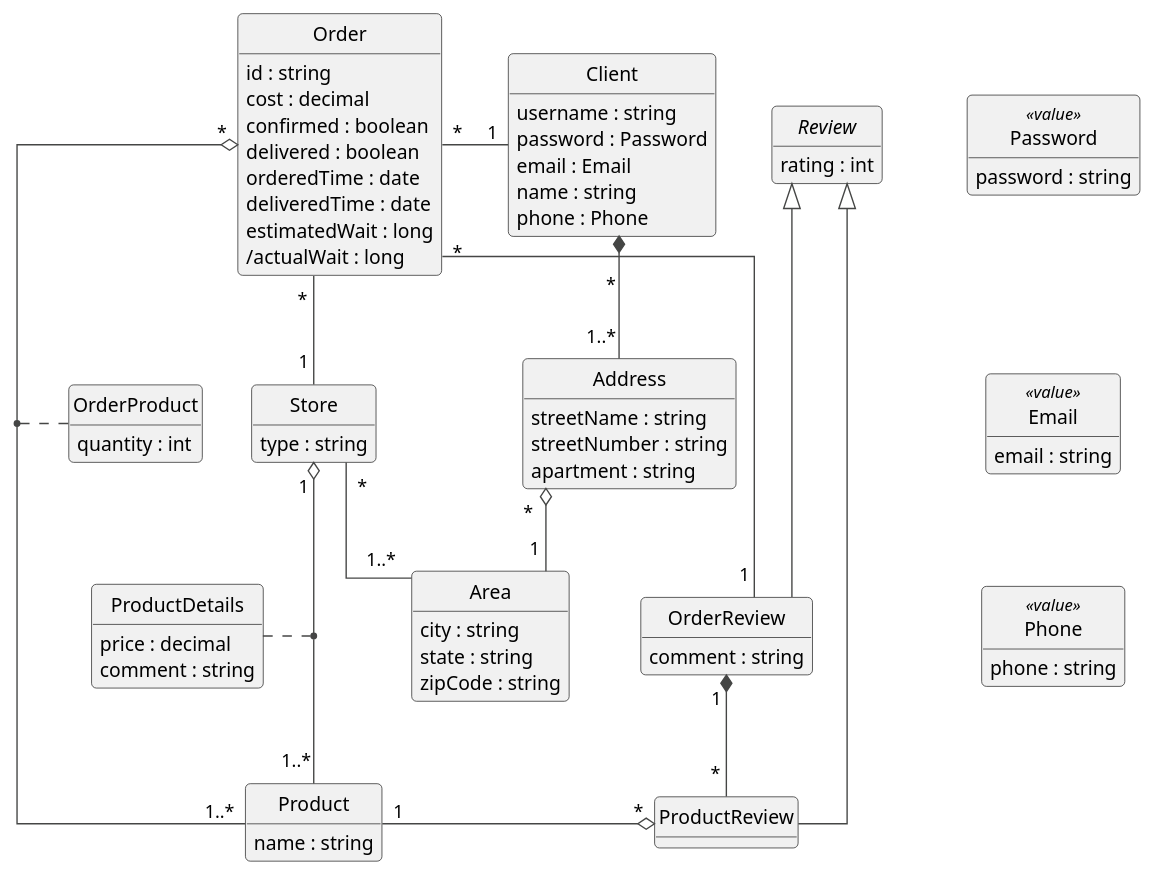
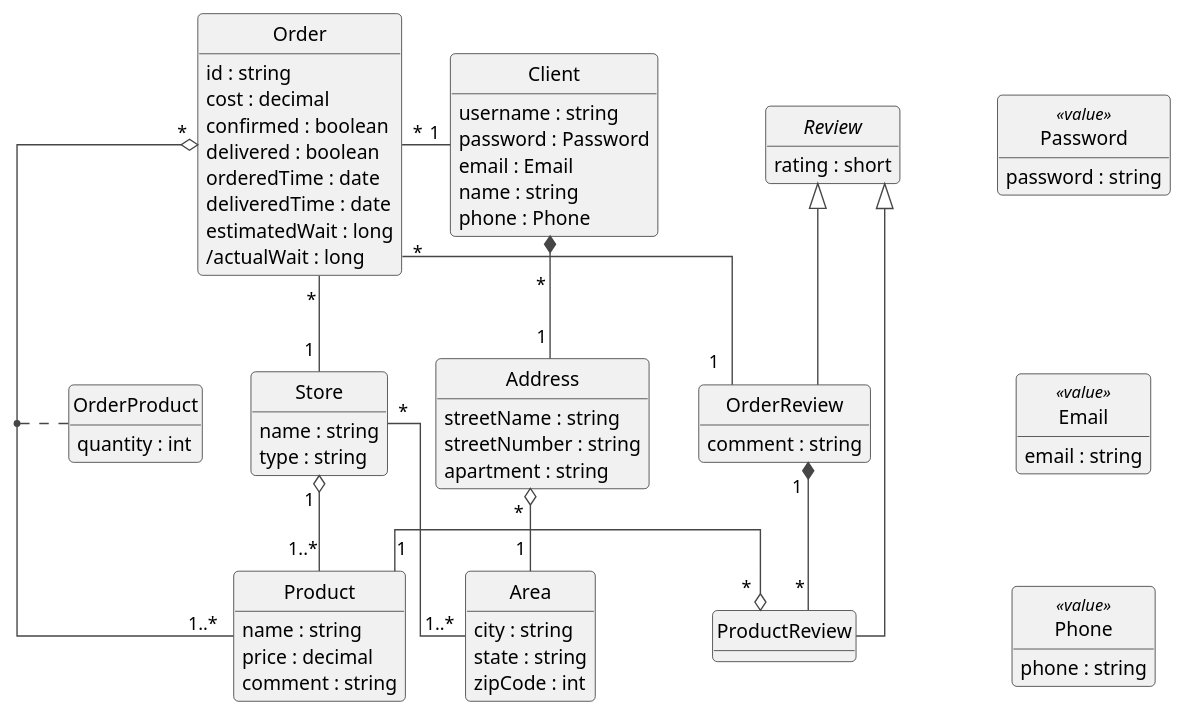
One commit to jkakats/Quarkus-Delivery changed the diagram in docs/uml/domain-model.puml. Above: the diagram before and after it, drawn with PlantUML.

Commit message:
docs: update domain model
- Add missing name field to Store
- Merge ProductDetails into Product
- Change Address zipCode type to int
- Change Review rating type to short
- Make Client-Address cardinality *:1

```diff
--- a/docs/uml/domain-model.puml
+++ b/docs/uml/domain-model.puml
@@ -1,106 +1,103 @@
 @startuml
 !theme vibrant
 
 skinparam style strictuml
 skinparam linetype ortho
-skinparam backgroundColor transparent
+' skinparam backgroundColor transparent
 
 hide circle
 hide empty methods
 
 class Store {
+  name : string
   type : string
 }
 
 class Order {
   id : string
   cost : decimal
   confirmed : boolean
   delivered : boolean
   orderedTime : date
   deliveredTime : date
   estimatedWait : long
   /actualWait : long
 }
 
 class OrderProduct {
   quantity : int
 }
 
 class Product {
   name : string
-}
-
-class ProductDetails {
   price : decimal
   comment : string
 }
 
 class Client {
   username : string
   password : Password
   email : Email
   name : string
   phone : Phone
 }
 
 class Address {
   streetName : string
   streetNumber : string
   apartment : string
 }
 
 class Area {
   city : string
   state : string
-  zipCode : string
+  zipCode : int
 }
 
 interface Review {
-  rating : int
+  rating : short
 }
 
 class OrderReview {
   comment : string
 }
 
 class ProductReview {
 }
 
 together {
   class Password <<value>> {
     password : string
   }
 
   class Email <<value>> {
     email : string
   }
 
   class Phone <<value>> {
     phone : string
   }
 }
 
 Password -down[hidden]- Email
 Email -down[hidden]- Phone
 
-Review <|--- OrderReview
-Review <|--- ProductReview
+Review <|-- OrderReview
+Review <|-- ProductReview
 
 Client "1" -left- "*" Order
-Client "\n\t\t~*" *-- "1..*" Address
+Client "\n\t\t~*" *-- "1 " Address
 
 Order "~* " -- "1 " Store
-Order "*" o-- "1..*" Product
+Order "*" o-- "1..* " Product
 (Order, Product) .. OrderProduct
 
-Store "~*\t" -- " 1..* " Area
+Store "~*  " -- " 1..*" Area
 Store "1 " o-- "1..*" Product
-ProductDetails .. (Store, Product)
 
-Address "*" o-- "1   " Area
+Address "~* " o-- "1 " Area
 
-Order "\n\n\n*" -- "1  " OrderReview
-OrderReview "1 " *-- "~* " ProductReview
+Order "\n\n\n*" -- "1" OrderReview
+OrderReview "1  " *-- "~*  " ProductReview
 ProductReview "*" o-left- "1" Product
 @enduml
```
